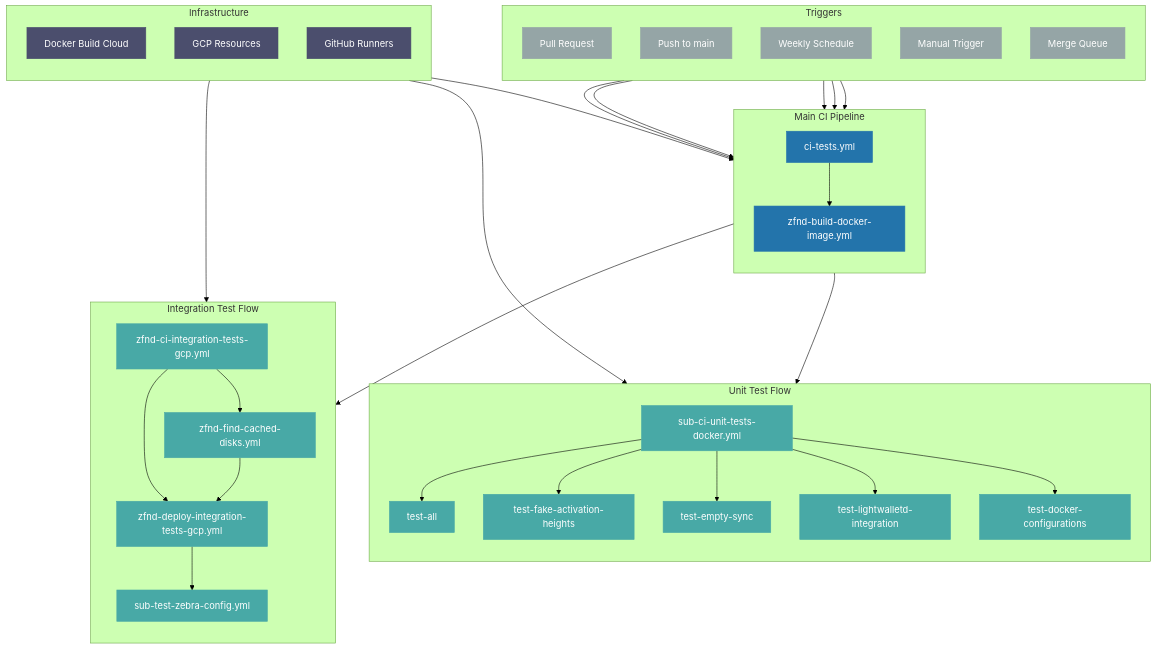
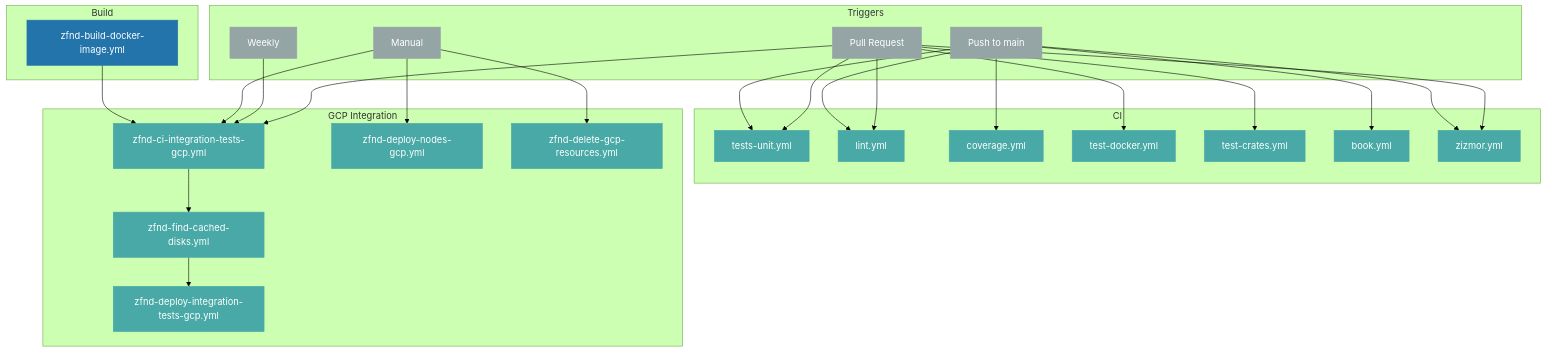
Before and after one commit to ZcashFoundation/zebra: the diagram in .github/workflows/README.md, drawn with Mermaid (forest theme). The commit also changed other lines of this file and 2 other files, not shown here.

````diff
--- a/.github/workflows/README.md
+++ b/.github/workflows/README.md
@@ -24,78 +24,51 @@
 ```mermaid
 graph TB
-    %% Define Triggers subgraph with parallel triggers
-    subgraph "Triggers"
-        direction TB
-        P[Pull Request] & Q[Push to main] & R[Weekly Schedule] & S[Manual Trigger] & T[Merge Queue]
-    end
+  %% Triggers
+  subgraph Triggers
+    PR[Pull Request] & Push[Push to main] & Schedule[Weekly] & Manual[Manual]
+  end
 
-    %% Main CI Pipeline with parallel flows after build
-    subgraph "Main CI Pipeline"
-        direction TB
-        A[ci-tests.yml]
-        B[zfnd-build-docker-image.yml]
-        A --> B
-    end
+  %% Reusable build
+  subgraph Build
+    BuildDocker[zfnd-build-docker-image.yml]
+  end
 
-    %% Infrastructure dependencies
-    subgraph "Infrastructure"
-        direction TB
-        M[Docker Build Cloud]
-        N[GCP Resources]
-        O[GitHub Runners]
-    end
+  %% CI workflows
+  subgraph CI
+    Unit[tests-unit.yml]
+    Lint[lint.yml]
+    Coverage[coverage.yml]
+    DockerCfg[test-docker.yml]
+    CrateBuild[test-crates.yml]
+    Docs[book.yml]
+    Security[zizmor.yml]
+  end
 
-    %% Unit Test Flow with parallel test execution
-    subgraph "Unit Test Flow"
-        direction TB
-        C[sub-ci-unit-tests-docker.yml]
-        H[test-all] & I[test-fake-activation-heights] & J[test-empty-sync] & K[test-lightwalletd-integration] & L[test-docker-configurations]
-        C --> H
-        C --> I
-        C --> J
-        C --> K
-        C --> L
-    end
+  %% Integration tests on GCP
+  subgraph GCP Integration
+    IT[zfnd-ci-integration-tests-gcp.yml]
+    FindDisks[zfnd-find-cached-disks.yml]
+    Deploy[zfnd-deploy-integration-tests-gcp.yml]
+    DeployNodes[zfnd-deploy-nodes-gcp.yml]
+    Cleanup[zfnd-delete-gcp-resources.yml]
+  end
 
-    %% Integration Test Flow with some parallel and some sequential steps
-    subgraph "Integration Test Flow"
-        direction TB
-        D[zfnd-ci-integration-tests-gcp.yml]
-        E[zfnd-find-cached-disks.yml]
-        F[zfnd-deploy-integration-tests-gcp.yml]
-        G[sub-test-zebra-config.yml]
-        D --> E
-        D --> F
-        E --> F
-        F --> G
-    end
+  %% Trigger wiring
+  PR --> Unit & Lint & DockerCfg & CrateBuild & IT & Security
+  Push --> Unit & Lint & Coverage & Docs & Security
+  Schedule --> IT
+  Manual --> IT & DeployNodes & Cleanup
 
-    %% Connect triggers to main pipeline
-    P --> A
-    Q --> A
-    R --> A
-    S --> A
-    T --> A
+  %% Build dependency
+  BuildDocker --> IT
+  IT --> FindDisks --> Deploy
 
-    %% Connect infrastructure to respective components
-    M --> B
-    N --> D
-    O --> C
-
-    %% Connect main pipeline to test flows
-    B --> C
-    B --> D
-
-    %% Style definitions
-    classDef primary fill:#2374ab,stroke:#2374ab,color:white
-    classDef secondary fill:#48a9a6,stroke:#48a9a6,color:white
-    classDef infra fill:#4b4e6d,stroke:#4b4e6d,color:white
-    classDef trigger fill:#95a5a6,stroke:#95a5a6,color:white
-
-    %% Apply styles
-    class A,B primary
-    class C,D,E,F,G secondary
-    class H,I,J,K,L secondary
-    class M,N,O infra
-    class P,Q,R,S,T trigger
+  %% Styling
+  classDef primary fill:#2374ab,stroke:#2374ab,color:white
+  classDef secondary fill:#48a9a6,stroke:#48a9a6,color:white
+  classDef trigger fill:#95a5a6,stroke:#95a5a6,color:white
+  class BuildDocker primary
+  class Unit,Lint,Coverage,DockerCfg,CrateBuild,Docs,Security secondary
+  class IT,FindDisks,Deploy,DeployNodes,Cleanup secondary
+  class PR,Push,Schedule,Manual trigger
 ```
````
